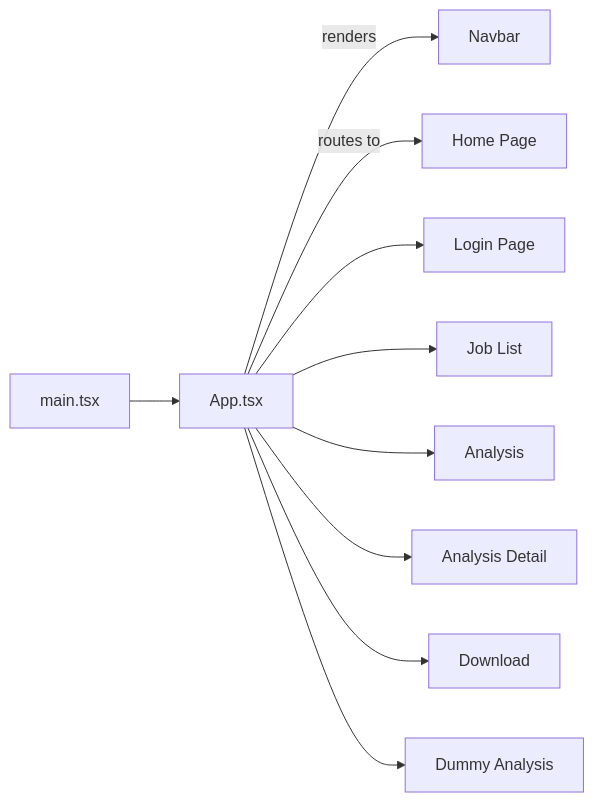
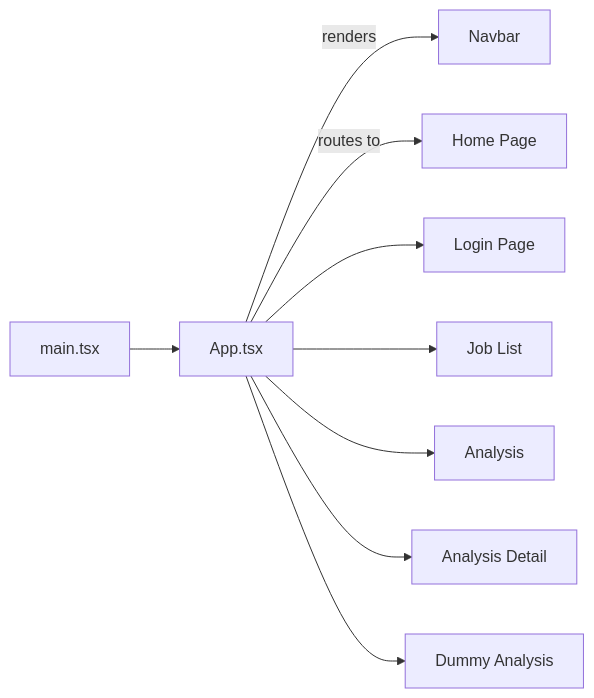
The diagram in Documentation.md (Omkar2101/frontend-jd-analyzer), drawn with Mermaid before and after one commit. The commit also changed other lines of this file and 2 other files, not shown here.

````diff
--- a/Documentation.md
+++ b/Documentation.md
@@ -39,13 +38,12 @@
 ```mermaid
 flowchart LR
   main[main.tsx]
   main --> App[App.tsx]
   App -->|renders| Navbar[Navbar]
   App -->|routes to| Home[Home Page]
   App --> Login[Login Page]
   App --> Joblist[Job List]
   App --> Analysis[Analysis]
   App --> AnalysisDetail[Analysis Detail]
-  App --> Download[Download]
   App --> DummyAnalysis[Dummy Analysis]
 ```
````
